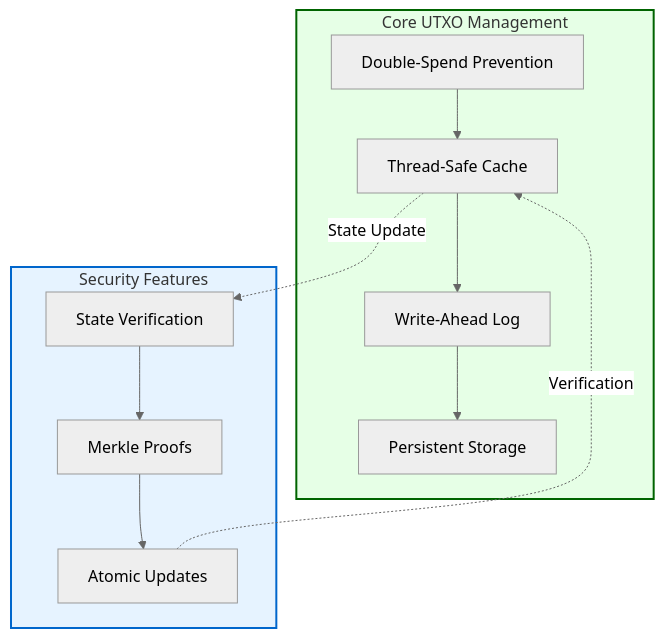
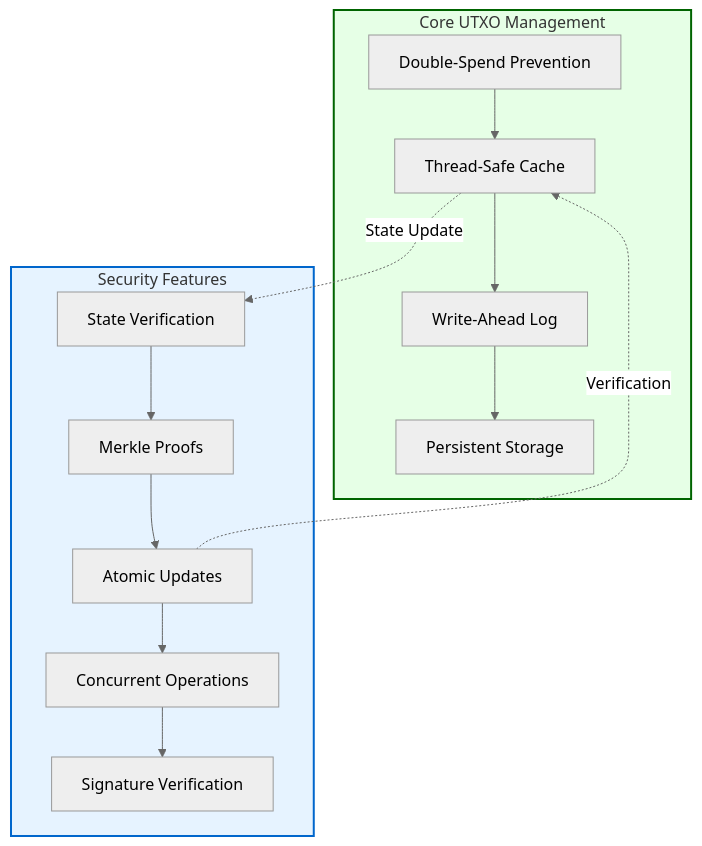
One commit to JtPerez-Acle/rust-protocol-btc changed the second of 6 diagrams in README.md. Above: the diagram before and after it, drawn with Mermaid (neutral theme). The commit also changed other lines of this file and 14 other files, not shown here.

````diff
--- a/README.md
+++ b/README.md
@@ -82,31 +94,35 @@
 ```mermaid
 graph TB
     subgraph UTXO ["Core UTXO Management"]
         A[Double-Spend Prevention]
         B[Thread-Safe Cache]
         C[Write-Ahead Log]
         D[Persistent Storage]
         
         A --> B
         B --> C
         C --> D
     end
 
     subgraph SEC ["Security Features"]
         E[State Verification]
         F[Merkle Proofs]
         G[Atomic Updates]
+        H[Concurrent Operations]
+        I[Signature Verification]
         
         E --> F
         F --> G
+        G --> H
+        H --> I
     end
 
     B -.->|"State Update"| E
     G -.->|"Verification"| B
 
     classDef core fill:#E6FFE6,stroke:#006400,stroke-width:2px;
     classDef security fill:#E6F3FF,stroke:#0066CC,stroke-width:2px;
     
     class UTXO core;
     class SEC security;
 ```
````
